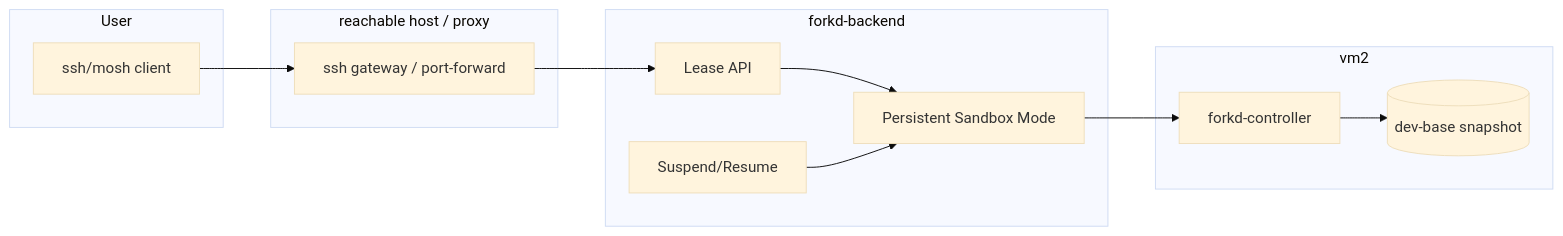
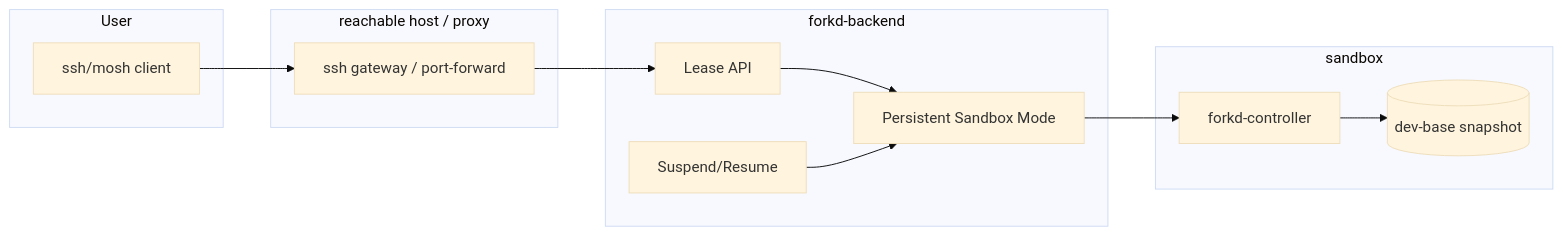
One commit to jrimmer/spoond changed the first of 2 diagrams in docs/plans/2026-08-08-003-feat-exe-dev-interactive-env-plan.md. Above: the diagram before and after it, drawn with Mermaid (base theme). The commit also changed other lines of this file and 8 other files, not shown here.

First line of the commit message:
chore(docs): the host is called sandbox now, not vm2

````diff
--- a/docs/plans/2026-08-08-003-feat-exe-dev-interactive-env-plan.md
+++ b/docs/plans/2026-08-08-003-feat-exe-dev-interactive-env-plan.md
@@ -83,21 +83,21 @@
 ```mermaid
 flowchart LR
     subgraph User
         SSH[ssh/mosh client]
     end
     subgraph Gateway [reachable host / proxy]
         GW[ssh gateway / port-forward]
     end
     subgraph Backend [forkd-backend]
         API[Lease API]
         PERSIST[Persistent Sandbox Mode]
         SUSPEND[Suspend/Resume]
     end
-    subgraph Host [vm2]
+    subgraph Host [sandbox]
         CTRL[forkd-controller]
         SNAP[(dev-base snapshot)]
     end
     SSH --> GW --> API
     API --> PERSIST --> CTRL --> SNAP
     SUSPEND --> PERSIST
 ```
````
